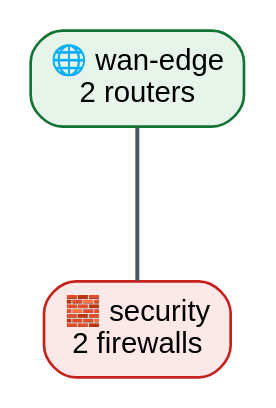
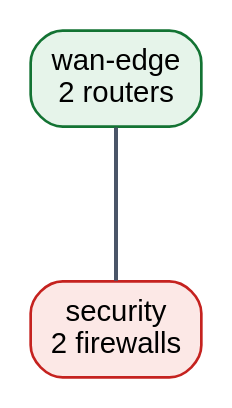
Before and after one commit to takamitsu-iida/d2v: the diagram in prompts/diagram-system-overview.md, drawn with Graphviz. The commit also changed other lines of this file and 27 other files, not shown here.

````diff
--- a/prompts/diagram-system-overview.md
+++ b/prompts/diagram-system-overview.md
@@ -38,19 +38,19 @@
 ```dot
 digraph G {
     rankdir=TB;
     nodesep=0.5;
     ranksep=0.8;
     fontname="Helvetica,Arial,sans-serif";
     node [fontname="Helvetica,Arial,sans-serif", fontsize=11, shape=box, style="filled,rounded"];
     edge [fontname="Helvetica,Arial,sans-serif", fontsize=9, color="#4A5568", penwidth=1.5];
 
     // 1 ゾーン = 1 ノード（fillcolor は淡色、color は濃い枠線）
-    "wan-edge"  [label="🌐 wan-edge\n2 routers",   fillcolor="#E6F4EA", color="#137333"];
-    "security"  [label="🧱 security\n2 firewalls", fillcolor="#FCE8E6", color="#C5221F"];
+    "wan-edge"  [label="wan-edge\n2 routers",   fillcolor="#E6F4EA", color="#137333"];
+    "security"  [label="security\n2 firewalls", fillcolor="#FCE8E6", color="#C5221F"];
     // ... 入力のゾーン数ぶん
 
     // ゾーン間接続（本数を label に）
     "wan-edge" -> "security" [dir=none];
     // ...
 }
 ```
````
